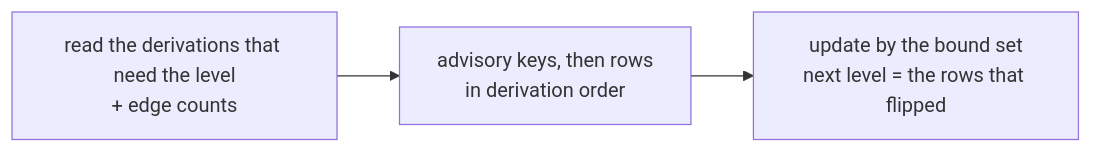
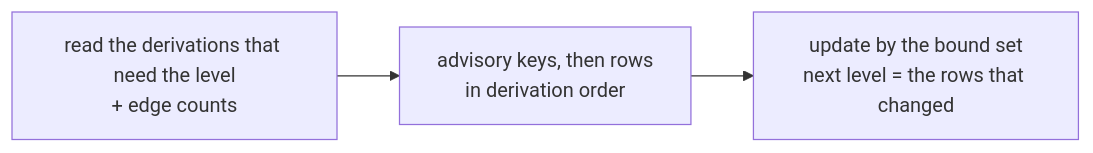
Before and after one commit to wavelens/gradient: the second of 2 diagrams in docs/src/contributors/internals/graph-queries.md, drawn with Mermaid. The commit also changed other lines of this file and 75 other files, not shown here.

````diff
--- a/docs/src/contributors/internals/graph-queries.md
+++ b/docs/src/contributors/internals/graph-queries.md
@@ -67,5 +67,5 @@
 ```mermaid
 flowchart LR
     a["read the derivations that need the level<br/>+ edge counts"] --> b["advisory keys, then rows<br/>in derivation order"]
-    b --> c["update by the bound set<br/>next level = the rows that flipped"]
+    b --> c["update by the bound set<br/>next level = the rows that changed"]
 ```
````
